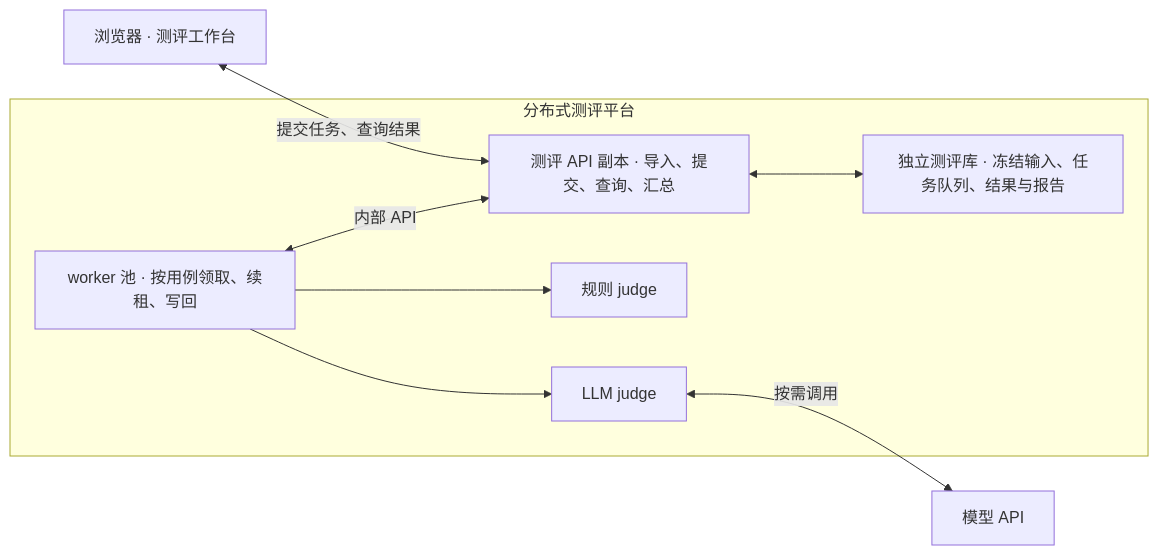
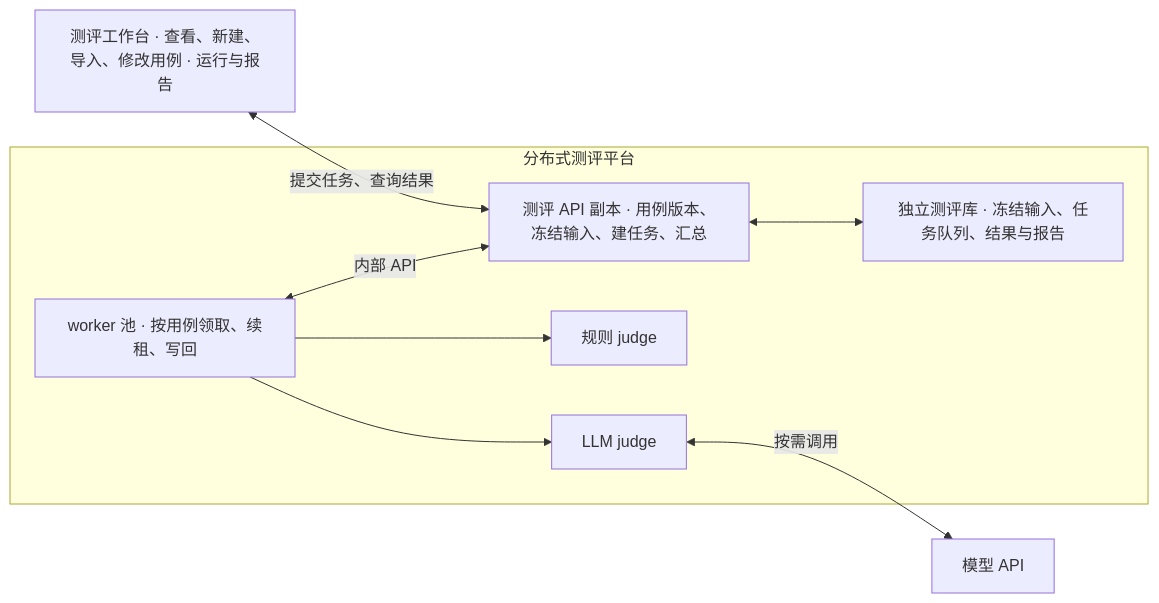
Before and after one commit to zhaochy1990/running: the first of 2 diagrams in docs/superpowers/specs/2026-11-23-offline-plan-eval.md, drawn with Mermaid. The commit also changed other lines of this file and 1 other file, not shown here.

````diff
--- a/docs/superpowers/specs/2026-11-23-offline-plan-eval.md
+++ b/docs/superpowers/specs/2026-11-23-offline-plan-eval.md
@@ -27,17 +38,17 @@
 ```mermaid
 flowchart LR
-    UI["浏览器 · 测评工作台"]
+    UI["测评工作台 · 查看、新建、导入、修改用例 · 运行与报告"]
     subgraph EVAL["分布式测评平台"]
-      API["测评 API 副本 · 导入、提交、查询、汇总"]
+      API["测评 API 副本 · 用例版本、冻结输入、建任务、汇总"]
       DB["独立测评库 · 冻结输入、任务队列、结果与报告"]
       W["worker 池 · 按用例领取、续租、写回"]
       RULE["规则 judge"]
       LLM["LLM judge"]
       API <--> DB
       W <-->|内部 API| API
       W --> RULE
       W --> LLM
     end
     UI <-->|提交任务、查询结果| API
     LLM <-->|按需调用| MODEL["模型 API"]
 ```
````
